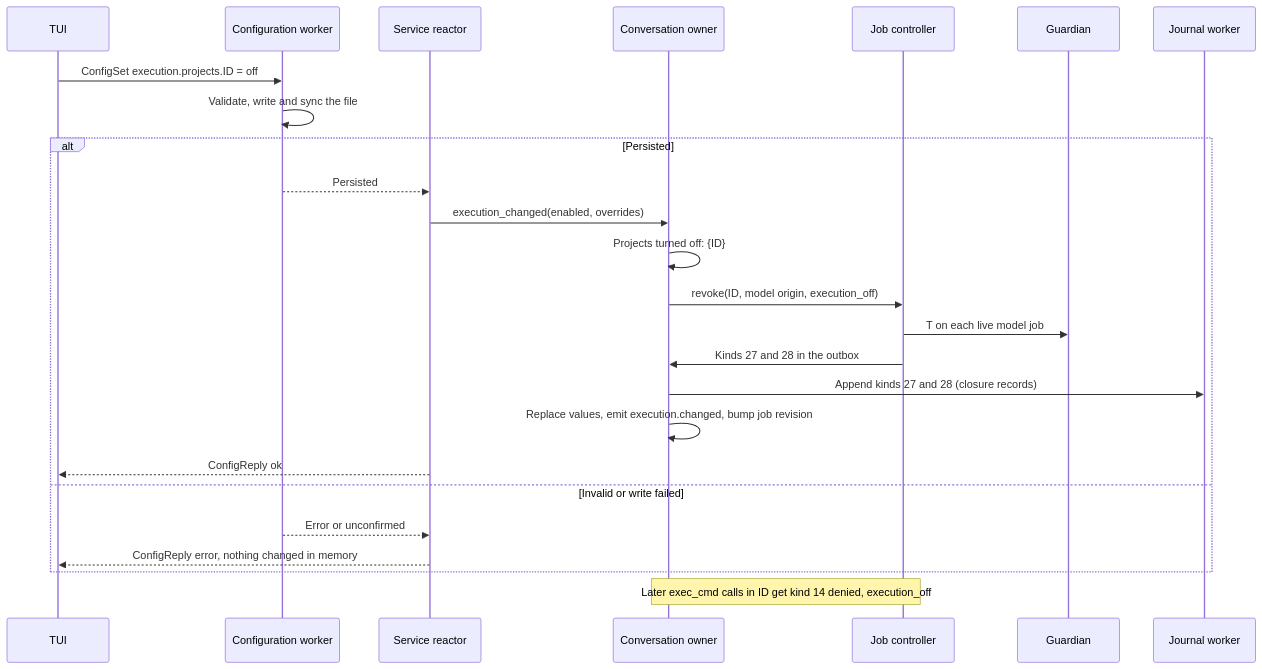
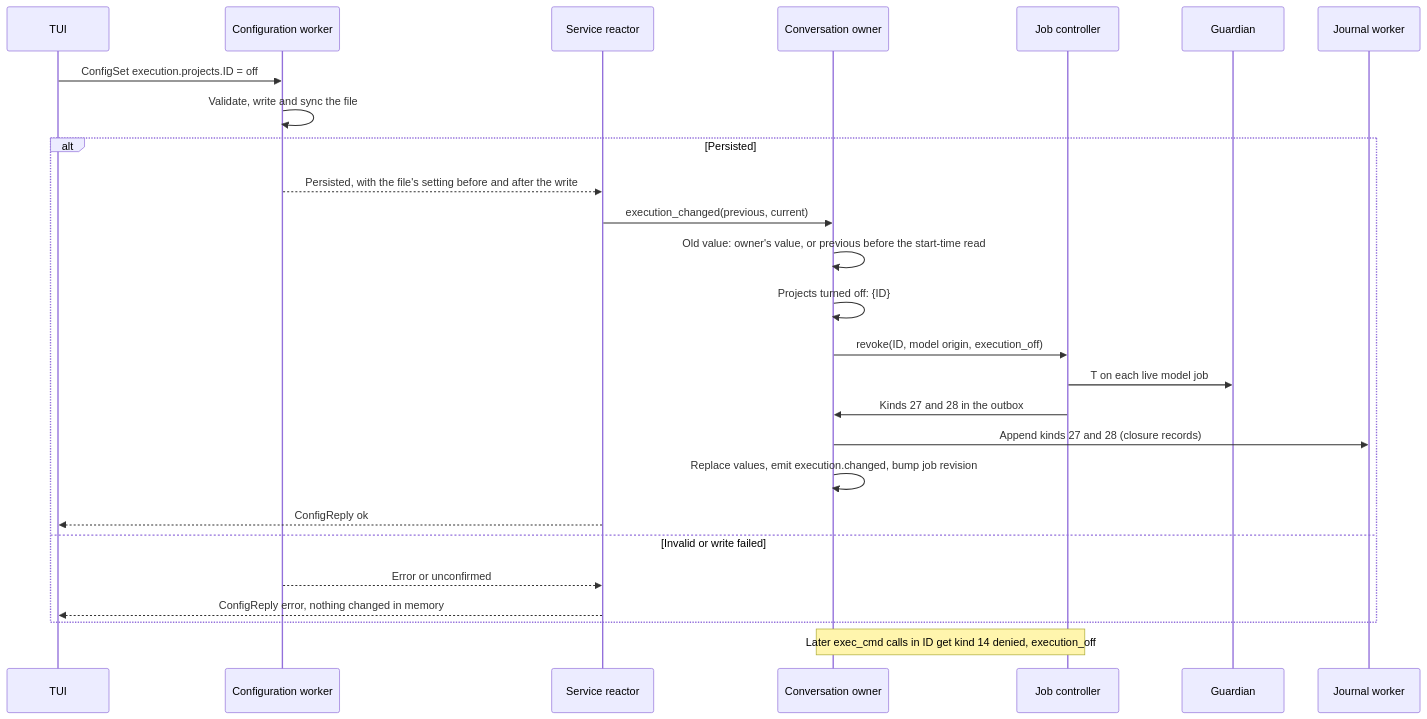
Before and after one commit to pidster/asura: the second of 4 diagrams in docs/designs/execution-setting.md, drawn with Mermaid. The commit also changed other lines of this file and 2 other files, not shown here.

First line of the commit message:
Design the early execution change and the derived outlived count

````diff
--- a/docs/designs/execution-setting.md
+++ b/docs/designs/execution-setting.md
@@ -273,27 +273,28 @@
 ```mermaid
 sequenceDiagram
     participant U as TUI
     participant W as Configuration worker
     participant R as Service reactor
     participant O as Conversation owner
     participant K as Job controller
     participant G as Guardian
     participant J as Journal worker
     U->>W: ConfigSet execution.projects.ID = off
     W->>W: Validate, write and sync the file
     alt Persisted
-        W-->>R: Persisted
-        R->>O: execution_changed(enabled, overrides)
+        W-->>R: Persisted, with the file's setting before and after the write
+        R->>O: execution_changed(previous, current)
+        O->>O: Old value: owner's value, or previous before the start-time read
         O->>O: Projects turned off: {ID}
         O->>K: revoke(ID, model origin, execution_off)
         K->>G: T on each live model job
         K->>O: Kinds 27 and 28 in the outbox
         O->>J: Append kinds 27 and 28 (closure records)
         O->>O: Replace values, emit execution.changed, bump job revision
         R-->>U: ConfigReply ok
     else Invalid or write failed
         W-->>R: Error or unconfirmed
         R-->>U: ConfigReply error, nothing changed in memory
     end
     Note over O,K: Later exec_cmd calls in ID get kind 14 denied, execution_off
 ```
````
